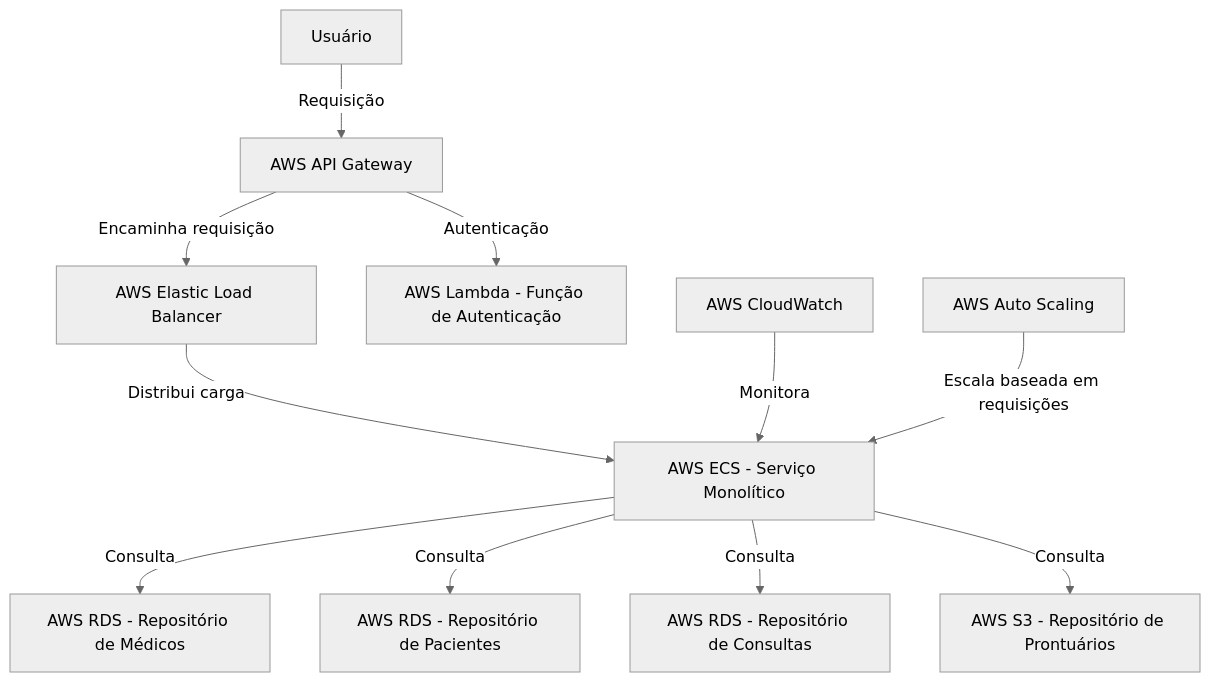
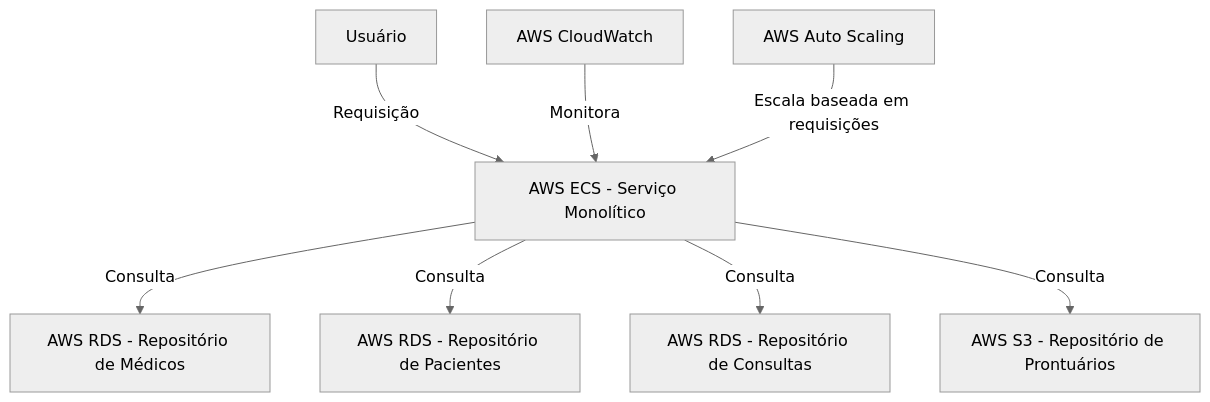
Before and after one commit to kschltz/fiap-hackathon: the diagram in doc/cloud_infra.md, drawn with Mermaid (neutral theme). The commit also changed other lines of this file and 1 other file, not shown here.

````diff
--- a/doc/cloud_infra.md
+++ b/doc/cloud_infra.md
@@ -21,13 +18,10 @@
 ```mermaid 
 graph TB
-    A[Usuário] -->|Requisição| B[AWS API Gateway]
-    B -->|Encaminha requisição| C[AWS Elastic Load Balancer]
-    C -->|Distribui carga| D[AWS ECS - Serviço Monolítico]
+    A[Usuário] -->|Requisição| D[AWS ECS - Serviço Monolítico]
     D -->|Consulta| G[AWS RDS - Repositório de Médicos]
     D -->|Consulta| H[AWS RDS - Repositório de Pacientes]
     D -->|Consulta| I[AWS RDS - Repositório de Consultas]
     D -->|Consulta| J[AWS S3 - Repositório de Prontuários]
-    B -->|Autenticação| E[AWS Lambda - Função de Autenticação]
     M[AWS CloudWatch] -->|Monitora| D
     N[AWS Auto Scaling] -->|Escala baseada em requisições| D
 ```
````
